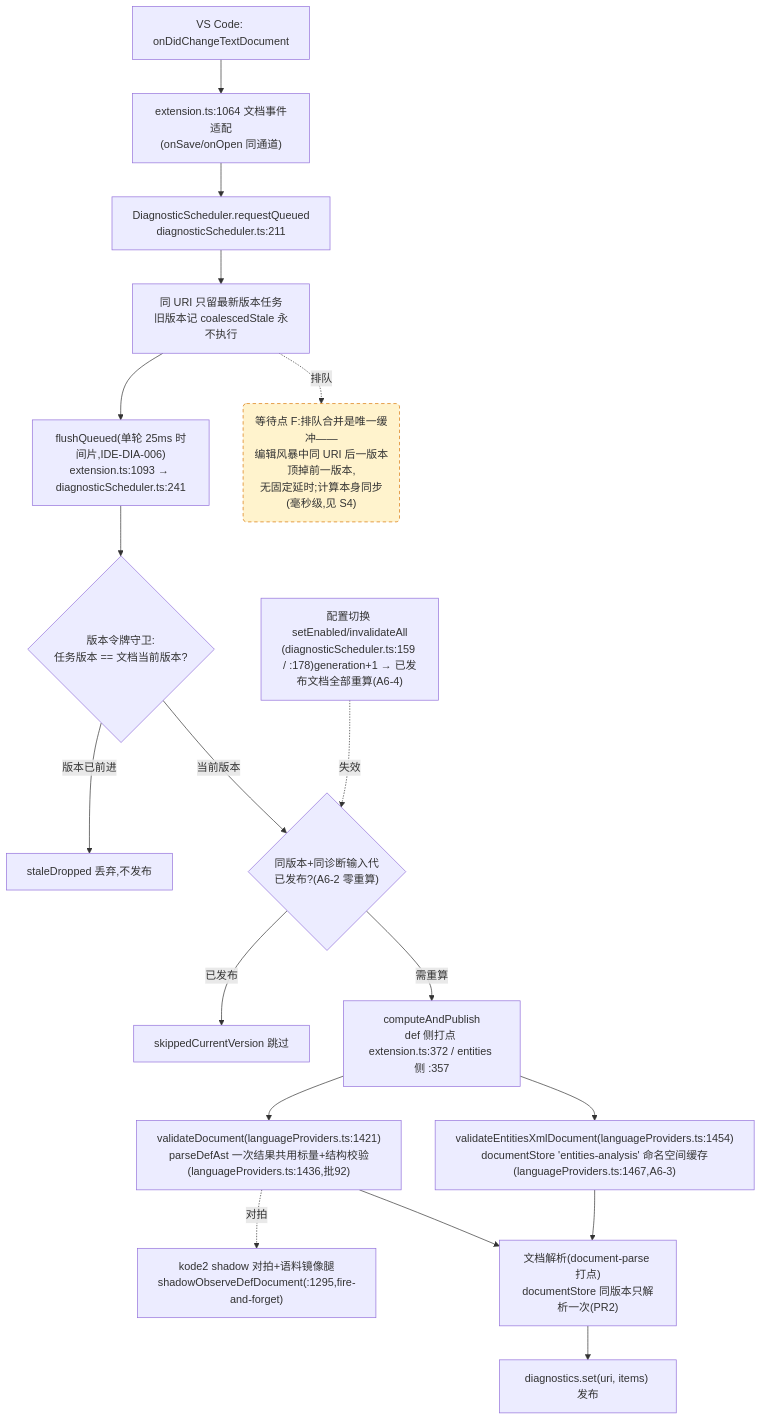
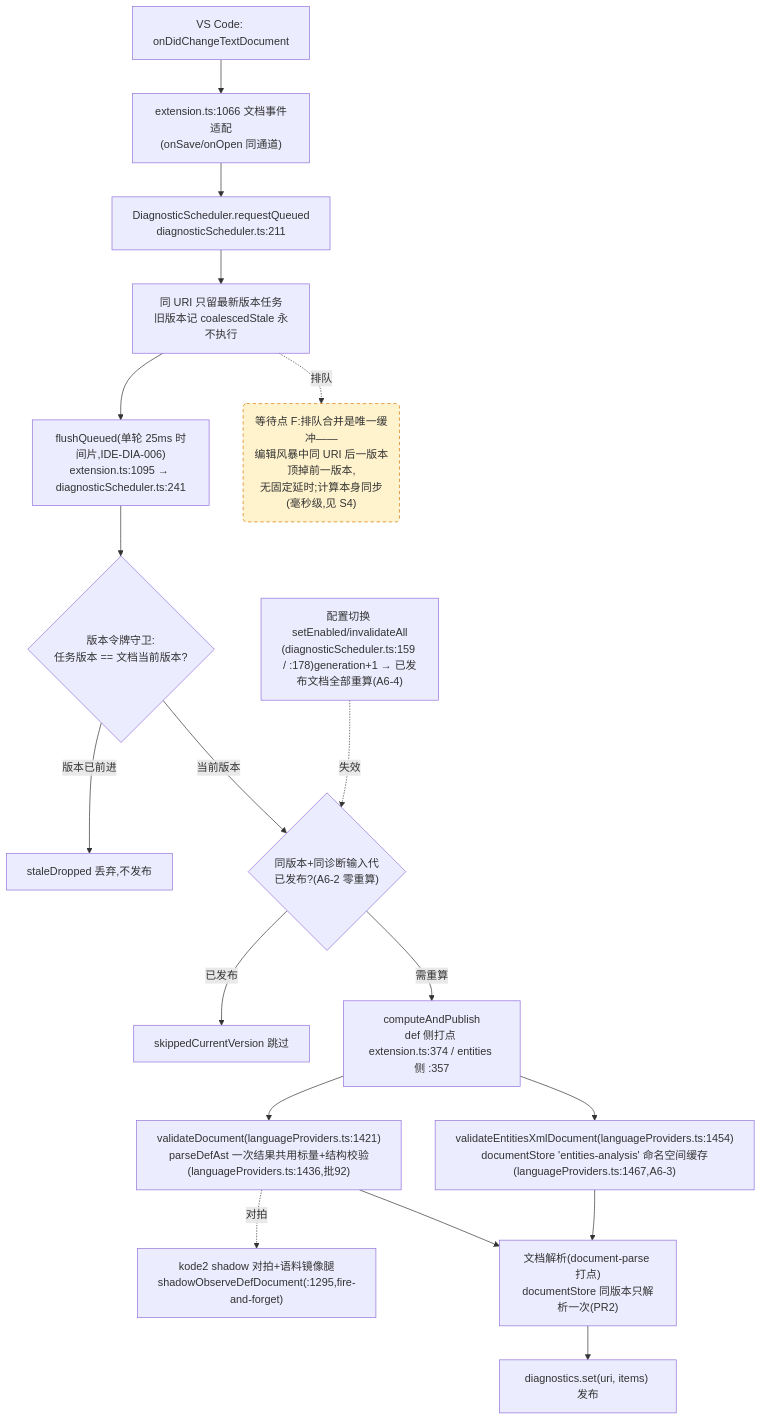
The fourth of 4 diagrams in docs/perf/2026-baseline.md (cuihairu/kode), drawn with Mermaid before and after one commit. The commit also changed other lines of this file and 7 other files, not shown here.

````diff
--- a/docs/perf/2026-baseline.md
+++ b/docs/perf/2026-baseline.md
@@ -214,38 +214,38 @@
 ```mermaid
 flowchart TD
   CHG["VS Code: onDidChangeTextDocument"]
-  WATCH["extension.ts:1064 文档事件适配<br/>(onSave/onOpen 同通道)"]
+  WATCH["extension.ts:1066 文档事件适配<br/>(onSave/onOpen 同通道)"]
   RQ["DiagnosticScheduler.requestQueued<br/>diagnosticScheduler.ts:211"]
   CO["同 URI 只留最新版本任务<br/>旧版本记 coalescedStale 永不执行"]
-  FL["flushQueued(单轮 25ms 时间片,IDE-DIA-006)<br/>extension.ts:1093 → diagnosticScheduler.ts:241"]
+  FL["flushQueued(单轮 25ms 时间片,IDE-DIA-006)<br/>extension.ts:1095 → diagnosticScheduler.ts:241"]
   VG{"版本令牌守卫:<br/>任务版本 == 文档当前版本?"}
   DROP["staleDropped 丢弃,不发布"]
   GEN{"同版本+同诊断输入代<br/>已发布?(A6-2 零重算)"}
   SKIP["skippedCurrentVersion 跳过"]
-  CALC["computeAndPublish<br/>def 侧打点 extension.ts:372 / entities 侧 :357"]
+  CALC["computeAndPublish<br/>def 侧打点 extension.ts:374 / entities 侧 :357"]
   VD["validateDocument(languageProviders.ts:1421)<br/>parseDefAst 一次结果共用标量+结构校验(languageProviders.ts:1436,批92)"]
   VEX["validateEntitiesXmlDocument(languageProviders.ts:1454)<br/>documentStore 'entities-analysis' 命名空间缓存(languageProviders.ts:1467,A6-3)"]
   SHDD["kode2 shadow 对拍+语料镜像腿<br/>shadowObserveDefDocument(:1295,fire-and-forget)"]
   DS["文档解析(document-parse 打点)<br/>documentStore 同版本只解析一次(PR2)"]
   PUB["diagnostics.set(uri, items) 发布"]
   CFG2["配置切换 setEnabled/invalidateAll<br/>(diagnosticScheduler.ts:159 / :178)generation+1 → 已发布文档全部重算(A6-4)"]
 
   CHG --> WATCH --> RQ --> CO --> FL --> VG
   VG -- "版本已前进" --> DROP
   VG -- "当前版本" --> GEN
   GEN -- "已发布" --> SKIP
   GEN -- "需重算" --> CALC
   CALC --> VD
   CALC --> VEX
   VD --> DS
   VEX --> DS
   DS --> PUB
   VD -.->|对拍| SHDD
   CFG2 -.->|失效| GEN
 
   WAITF("等待点 F:排队合并是唯一缓冲——<br/>编辑风暴中同 URI 后一版本顶掉前一版本,<br/>无固定延时;计算本身同步(毫秒级,见 S4)")
   CO -.->|排队| WAITF
 
   classDef waitPoint fill:#fff3cd,stroke:#d97706,stroke-dasharray:5 4;
   class WAITF waitPoint;
 ```
````
